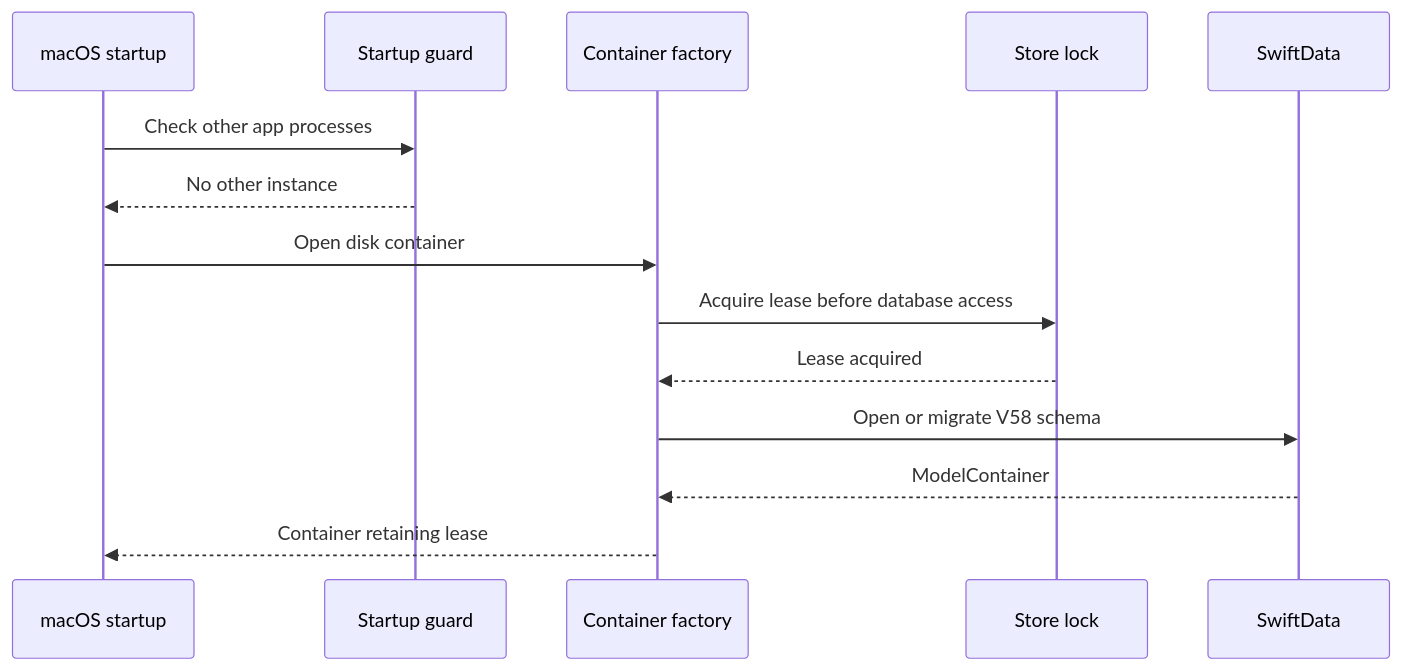
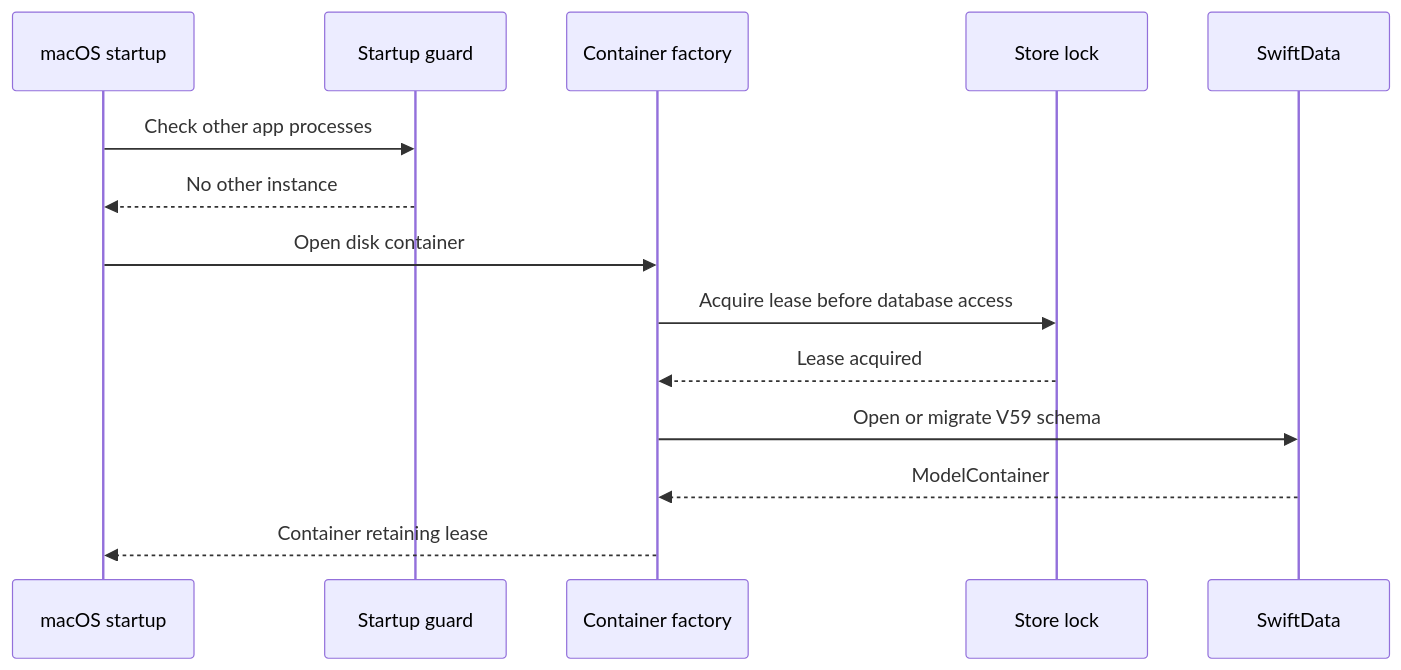
One commit to AkinoKaede/Termind changed the second of 5 diagrams in openwiki/testing/behavioral-boundaries-and-fixtures.md. Above: the diagram before and after it, drawn with Mermaid. The commit also changed other lines of this file and 54 other files, not shown here.

````diff
--- a/openwiki/testing/behavioral-boundaries-and-fixtures.md
+++ b/openwiki/testing/behavioral-boundaries-and-fixtures.md
@@ -250,16 +244,16 @@
 ```mermaid
 sequenceDiagram
     participant App as macOS startup
     participant Guard as Startup guard
     participant Factory as Container factory
     participant Lock as Store lock
     participant DB as SwiftData
     App->>Guard: Check other app processes
     Guard-->>App: No other instance
     App->>Factory: Open disk container
     Factory->>Lock: Acquire lease before database access
     Lock-->>Factory: Lease acquired
-    Factory->>DB: Open or migrate V58 schema
+    Factory->>DB: Open or migrate V59 schema
     DB-->>Factory: ModelContainer
     Factory-->>App: Container retaining lease
 ```
````
